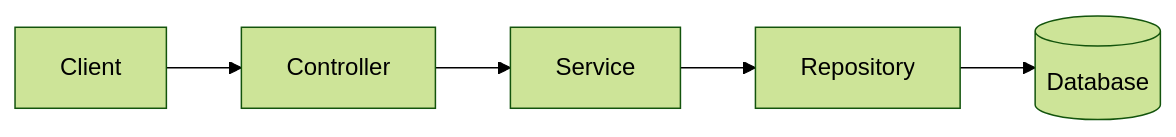
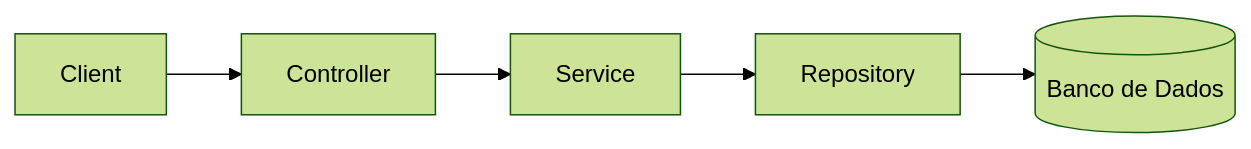
Before and after one commit to ruanmarvila/gerenciador-tarefas-spring: the diagram in README_BR.md, drawn with Mermaid (forest theme). The commit also changed other lines of this file and 1 other file, not shown here.

Commit message:
docs: add design decisions and update roadmap

````diff
--- a/README_BR.md
+++ b/README_BR.md
@@ -86,7 +95,7 @@
 ```mermaid
 flowchart LR
     Client --> Controller
     Controller --> Service
     Service --> Repository
-    Repository --> Data[(Database)]
+    Repository --> Data[(Banco de Dados)]
 ```
````
